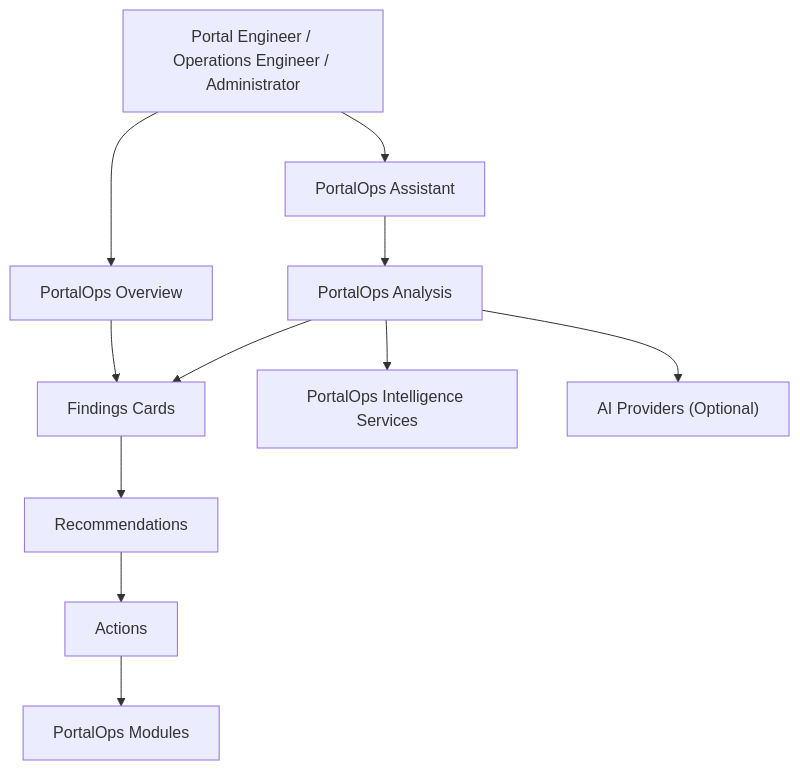
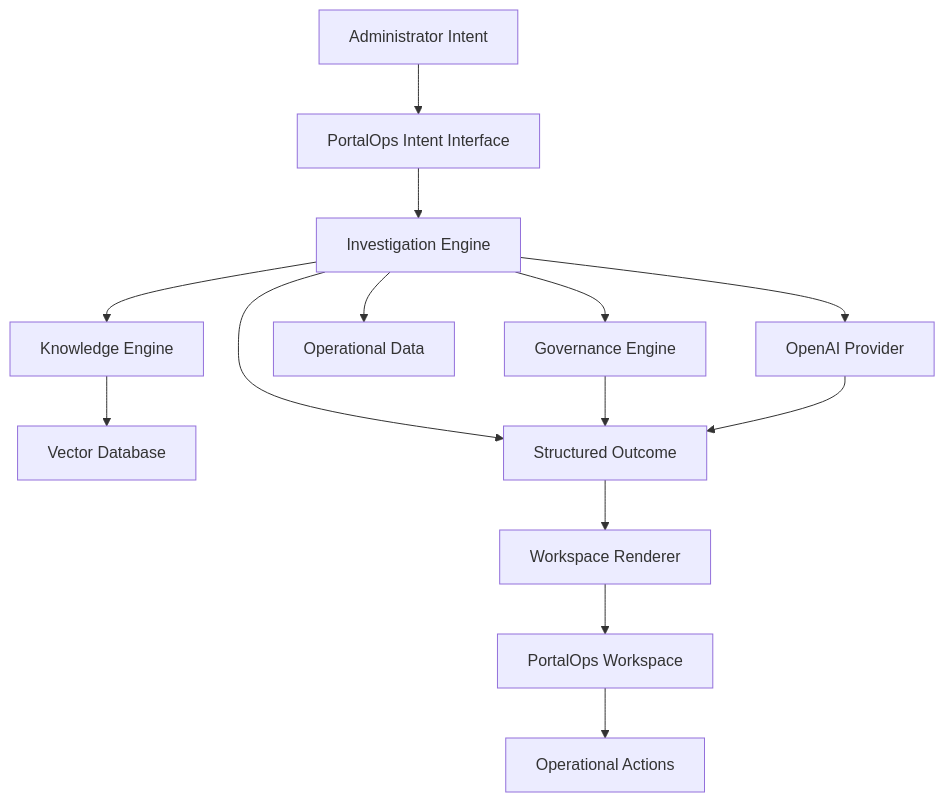
Before and after one commit to dcfrancisco/portalops-ai: the diagram in README.md, drawn with Mermaid. The commit also changed other lines of this file and 4 other files, not shown here.

Commit message:
feat: Revise AI Provider and Assistant architecture for intent-driven operational investigations

````diff
--- a/README.md
+++ b/README.md
@@ -45,24 +81,29 @@
 ```mermaid
 flowchart TD
-    User["Portal Engineer / Operations Engineer / Administrator"]
-    Assistant["PortalOps Assistant"]
-    Overview["PortalOps Overview"]
-    Analysis["PortalOps Analysis"]
-    Findings["Findings Cards"]
-    Recs["Recommendations"]
-    Actions["Actions"]
-    Modules["PortalOps Modules"]
-    Services["PortalOps Intelligence Services"]
-    Providers["AI Providers (Optional)"]
+    User["Administrator Intent"]
+    Assistant["PortalOps Intent Interface"]
+    Investigation["Investigation Engine"]
+    Knowledge["Knowledge Engine"]
+    Governance["Governance Engine"]
+    Data["Operational Data"]
+    Provider["OpenAI Provider"]
+    Vector["Vector Database"]
+    Outcome["Structured Outcome"]
+    Renderer["Workspace Renderer"]
+    Workspace["PortalOps Workspace"]
+    Actions["Operational Actions"]
 
-    User --> Overview
     User --> Assistant
-    Assistant --> Analysis
-    Overview --> Findings
-    Analysis --> Services
-    Analysis --> Providers
-    Analysis --> Findings
-    Findings --> Recs
-    Recs --> Actions
-    Actions --> Modules
+    Assistant --> Investigation
+    Investigation --> Knowledge
+    Investigation --> Governance
+    Investigation --> Data
+    Knowledge --> Vector
+    Investigation --> Provider
+    Investigation --> Outcome
+    Governance --> Outcome
+    Provider --> Outcome
+    Outcome --> Renderer
+    Renderer --> Workspace
+    Workspace --> Actions
 ```
````
